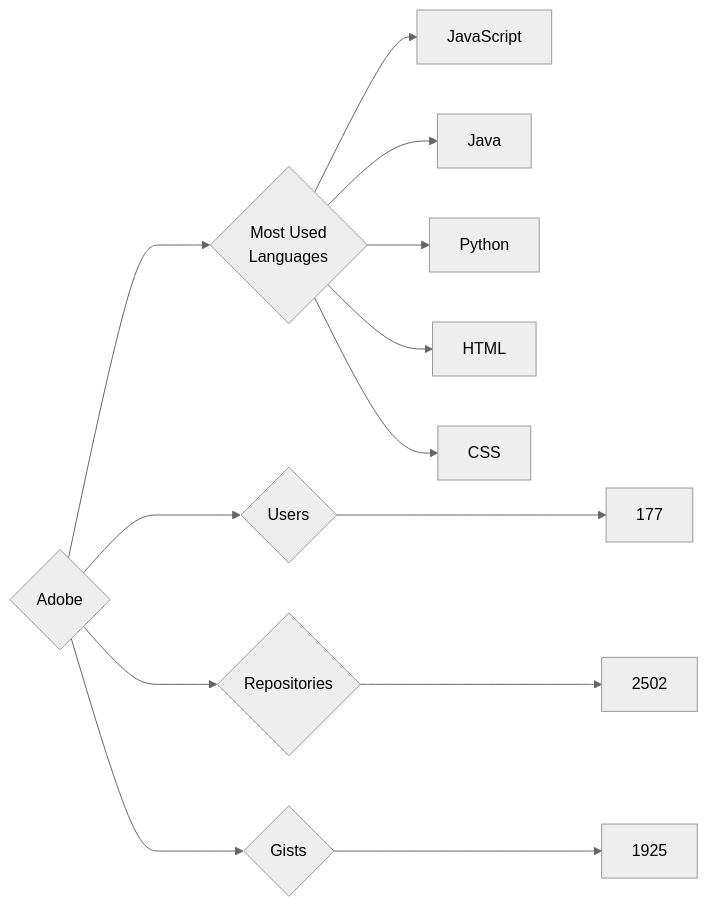
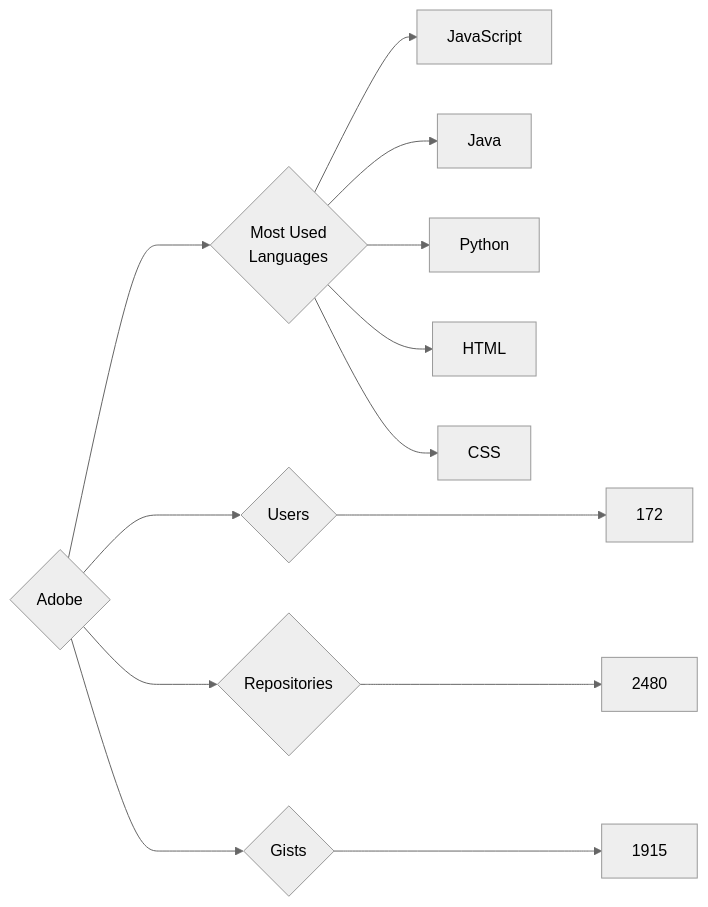
One commit to trickest/insiders changed the diagram in targets/Adobe/README.md. Above: the diagram before and after it, drawn with Mermaid (neutral theme). The commit also changed 1238 other files, not shown here.

````diff
--- a/targets/Adobe/README.md
+++ b/targets/Adobe/README.md
@@ -3,13 +3,13 @@
 ```mermaid
 graph LR
 COMPANY_NAME{Adobe}
-COMPANY_NAME ---> U{Users} ---> UN[177]
-COMPANY_NAME ---> R{Repositories} ---> RN[2502]
-COMPANY_NAME ---> G{Gists} ---> GN[1925]
+COMPANY_NAME ---> U{Users} ---> UN[172]
+COMPANY_NAME ---> R{Repositories} ---> RN[2480]
+COMPANY_NAME ---> G{Gists} ---> GN[1915]
 COMPANY_NAME ---> ML{Most Used<br>Languages}
 ML --> JavaScript[JavaScript]
 ML --> Java[Java]
 ML --> Python[Python]
 ML --> HTML[HTML]
 ML --> CSS[CSS]
 ```
````
